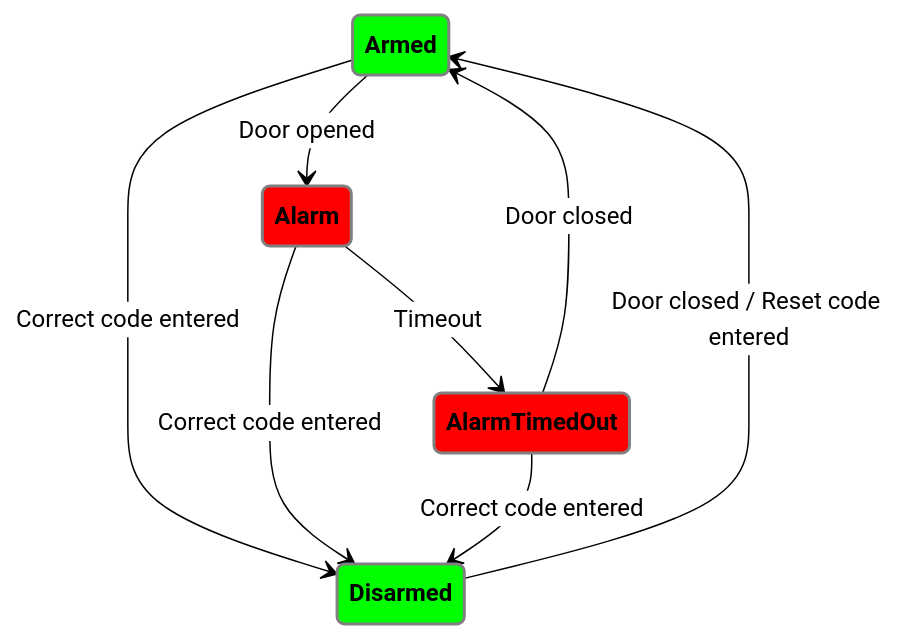
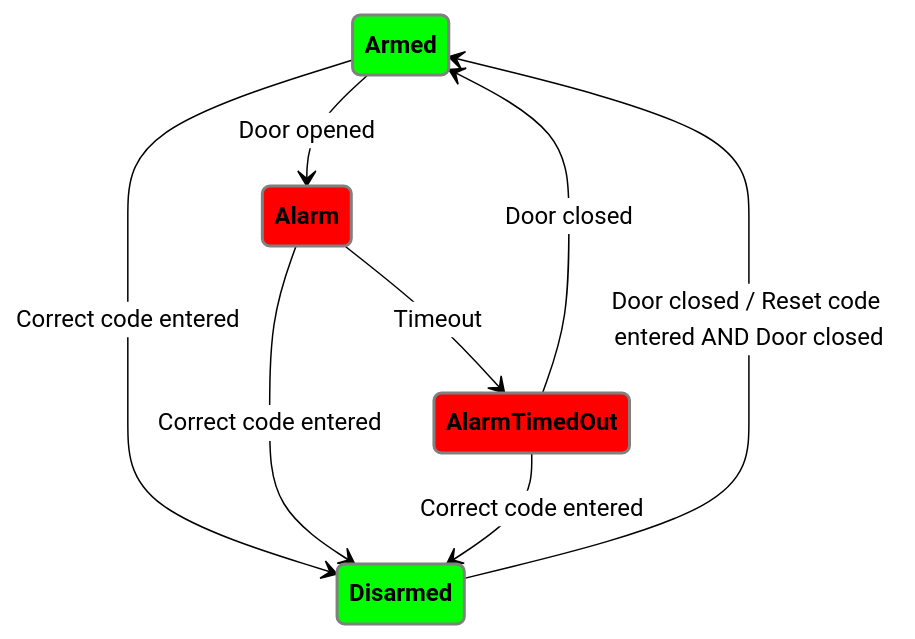
The diagram in README.md (deep-creek/alarmpi), drawn with Mermaid (neutral theme) before and after one commit. The commit also changed 1 other file, not shown here.

Commit message:
If in state DISARMED and Reset button is pressed, only transition to ARMED if the door is closed

````diff
--- a/README.md
+++ b/README.md
@@ -21,23 +21,23 @@
 ```mermaid
 stateDiagram
     
 
     Armed --> Disarmed          : Correct code entered
     Armed --> Alarm             : Door opened
 
     Alarm --> Disarmed          : Correct code entered
     Alarm --> AlarmTimedOut     : Timeout
     AlarmTimedOut --> Armed     : Door closed  
     AlarmTimedOut --> Disarmed  : Correct code entered
     
-    Disarmed --> Armed          : Door closed / Reset code entered
+    Disarmed --> Armed          : Door closed / Reset code entered AND Door closed
 
     classDef greenState fill:#00ff00,color:black,font-weight:bold,stroke-width:2px,stroke:grey
     classDef yellowState fill:#ffff00,color:black,font-weight:bold,stroke-width:2px,stroke:grey
     classDef redState fill:#f00,color:black,font-weight:bold,stroke-width:2px,stroke:grey
 
     class Alarm                 redState
     class AlarmTimedOut         redState
     class Armed                 greenState
     class Disarmed              greenState
 ```
````
